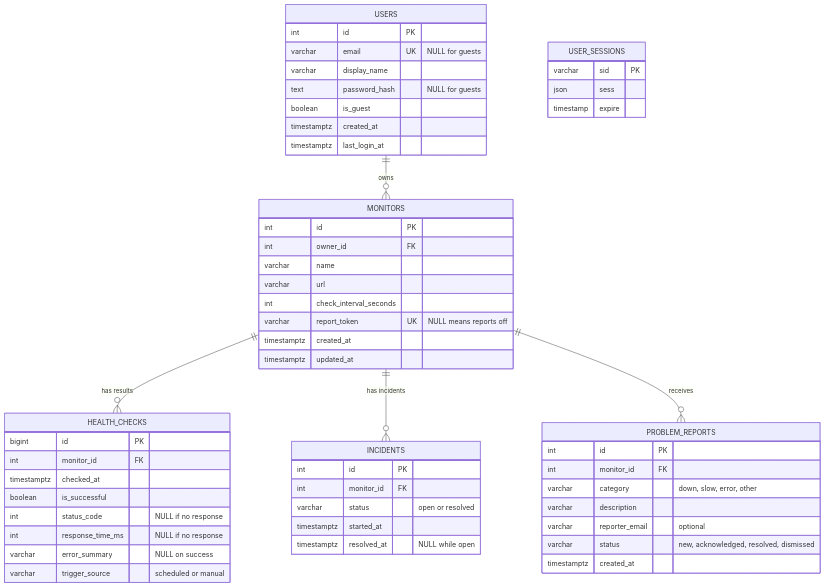
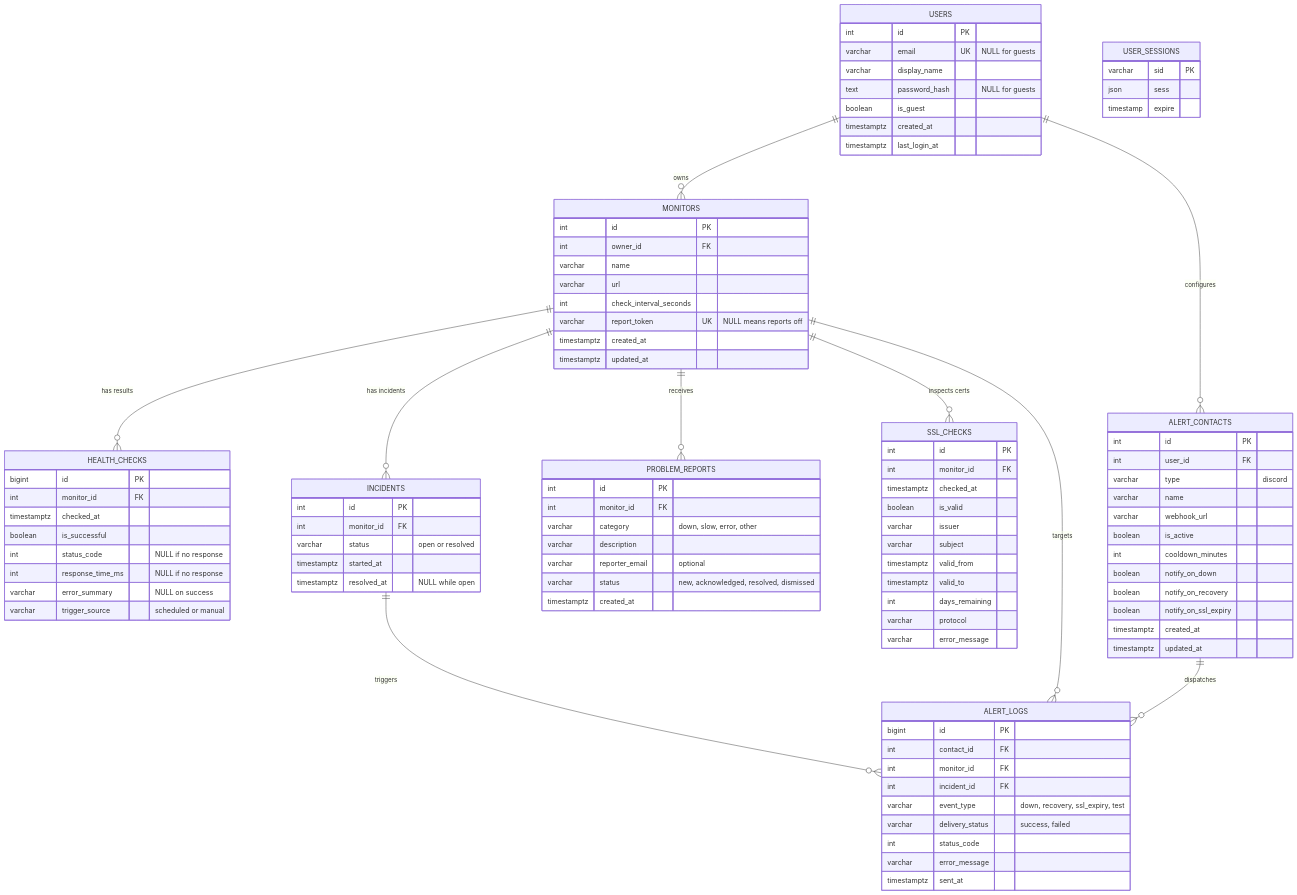
The diagram in architecture.md (palash-08/pulse), drawn with Mermaid before and after one commit. The commit also changed other lines of this file and 3 other files, not shown here.

Commit message:
docs: update README, architecture, API reference, and demo script for SSL, Discord alerts, and rocket transitions

````diff
--- a/architecture.md
+++ b/architecture.md
@@ -115,9 +156,14 @@
 ```mermaid
 erDiagram
     USERS ||--o{ MONITORS : owns
+    USERS ||--o{ ALERT_CONTACTS : configures
     MONITORS ||--o{ HEALTH_CHECKS : "has results"
     MONITORS ||--o{ INCIDENTS : "has incidents"
     MONITORS ||--o{ PROBLEM_REPORTS : receives
+    MONITORS ||--o{ SSL_CHECKS : "inspects certs"
+    MONITORS ||--o{ ALERT_LOGS : targets
+    ALERT_CONTACTS ||--o{ ALERT_LOGS : dispatches
+    INCIDENTS ||--o{ ALERT_LOGS : triggers
 
     USERS {
         int id PK
@@ -164,6 +210,44 @@
         varchar status "new, acknowledged, resolved, dismissed"
         timestamptz created_at
     }
+    SSL_CHECKS {
+        int id PK
+        int monitor_id FK
+        timestamptz checked_at
+        boolean is_valid
+        varchar issuer
+        varchar subject
+        timestamptz valid_from
+        timestamptz valid_to
+        int days_remaining
+        varchar protocol
+        varchar error_message
+    }
+    ALERT_CONTACTS {
+        int id PK
+        int user_id FK
+        varchar type "discord"
+        varchar name
+        varchar webhook_url
+        boolean is_active
+        int cooldown_minutes
+        boolean notify_on_down
+        boolean notify_on_recovery
+        boolean notify_on_ssl_expiry
+        timestamptz created_at
+        timestamptz updated_at
+    }
+    ALERT_LOGS {
+        bigint id PK
+        int contact_id FK
+        int monitor_id FK
+        int incident_id FK
+        varchar event_type "down, recovery, ssl_expiry, test"
+        varchar delivery_status "success, failed"
+        int status_code
+        varchar error_message
+        timestamptz sent_at
+    }
     USER_SESSIONS {
         varchar sid PK
         json sess
````
